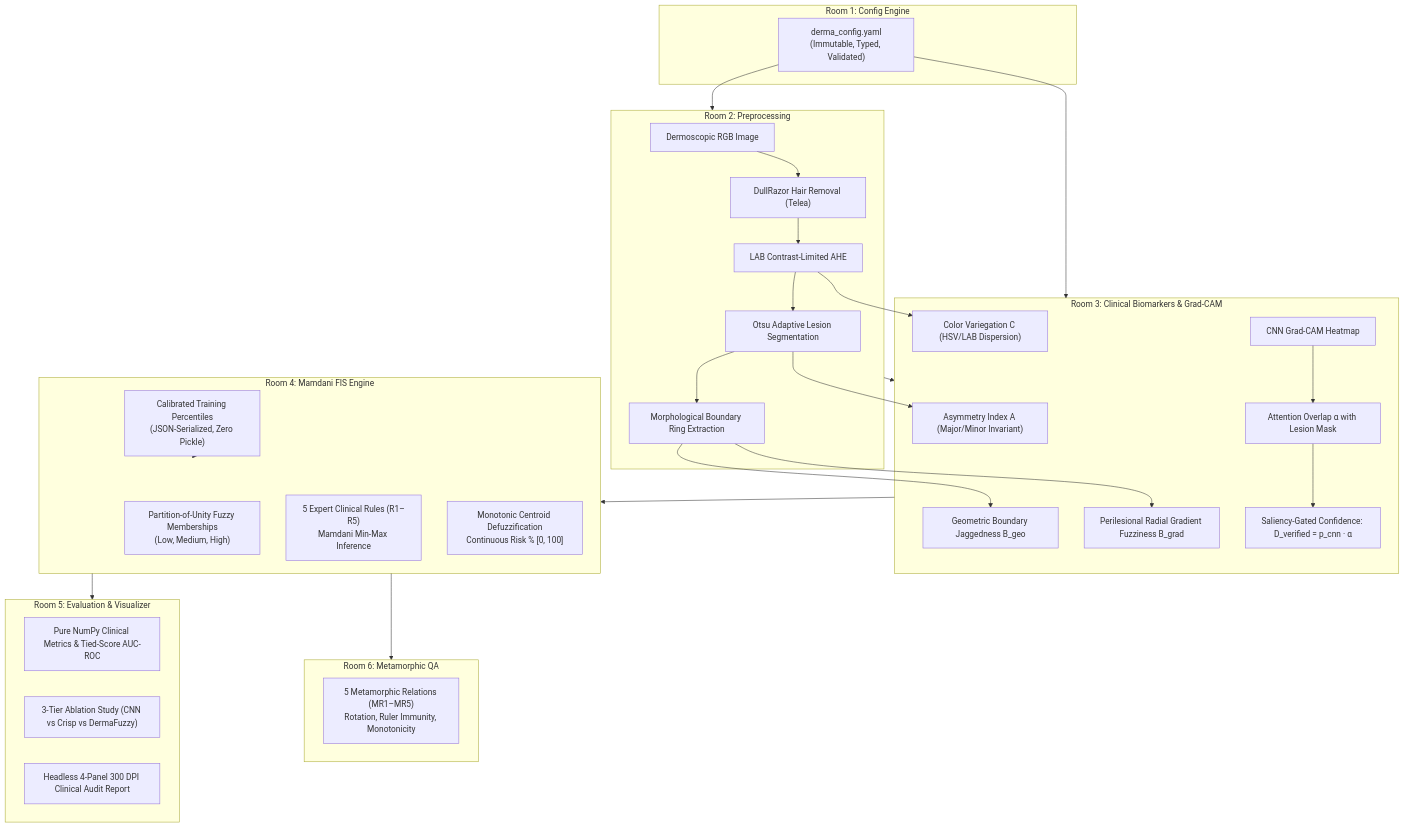
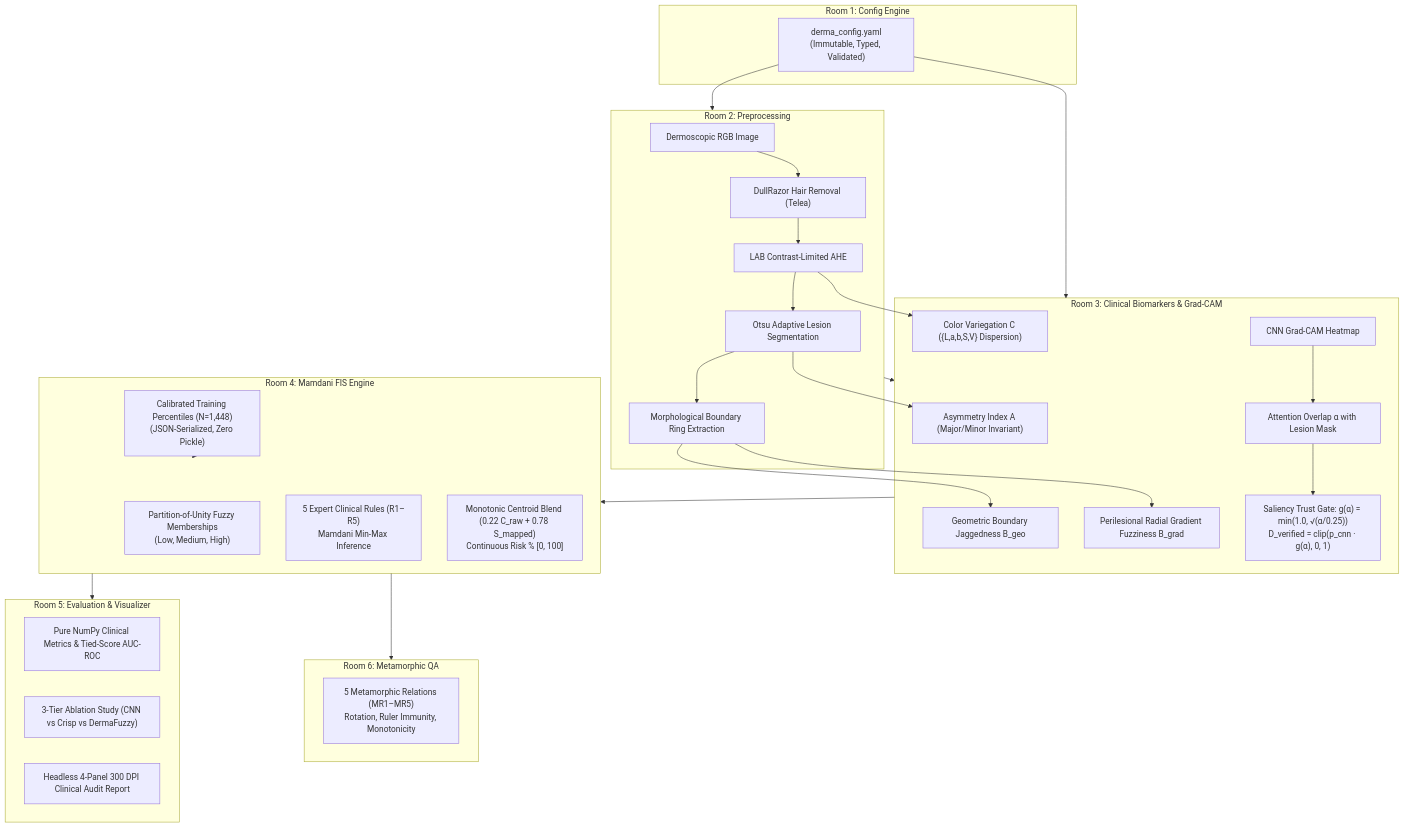
The diagram in README.md (A11-HELAL/dermafuzzy-xai), drawn with Mermaid before and after one commit. The commit also changed other lines of this file and 7 other files, not shown here.

````diff
--- a/README.md
+++ b/README.md
@@ -25,47 +25,47 @@
 ```mermaid
 flowchart TD
     subgraph Room1["Room 1: Config Engine"]
         cfg["derma_config.yaml\n(Immutable, Typed, Validated)"]
     end
 
     subgraph Room2["Room 2: Preprocessing"]
         raw["Dermoscopic RGB Image"] --> hair["DullRazor Hair Removal (Telea)"]
         hair --> clahe["LAB Contrast-Limited AHE"]
         clahe --> seg["Otsu Adaptive Lesion Segmentation"]
         seg --> ring["Morphological Boundary Ring Extraction"]
     end
 
     subgraph Room3["Room 3: Clinical Biomarkers & Grad-CAM"]
         seg --> asym["Asymmetry Index A (Major/Minor Invariant)"]
         ring --> b_geo["Geometric Boundary Jaggedness B_geo"]
         ring --> b_grad["Perilesional Radial Gradient Fuzziness B_grad"]
-        clahe --> color["Color Variegation C (HSV/LAB Dispersion)"]
+        clahe --> color["Color Variegation C ({L,a,b,S,V} Dispersion)"]
         cam["CNN Grad-CAM Heatmap"] --> overlap["Attention Overlap α with Lesion Mask"]
-        overlap --> d_ver["Saliency-Gated Confidence: D_verified = p_cnn · α"]
+        overlap --> d_ver["Saliency Trust Gate: g(α) = min(1.0, √(α/0.25))\nD_verified = clip(p_cnn · g(α), 0, 1)"]
     end
 
     subgraph Room4["Room 4: Mamdani FIS Engine"]
-        cuts["Calibrated Training Percentiles\n(JSON-Serialized, Zero Pickle)"]
+        cuts["Calibrated Training Percentiles (N=1,448)\n(JSON-Serialized, Zero Pickle)"]
         memberships["Partition-of-Unity Fuzzy Memberships\n(Low, Medium, High)"]
         rules["5 Expert Clinical Rules (R1–R5)\nMamdani Min-Max Inference"]
-        centroid["Monotonic Centroid Defuzzification\nContinuous Risk % [0, 100]"]
+        centroid["Monotonic Centroid Blend (0.22 C_raw + 0.78 S_mapped)\nContinuous Risk % [0, 100]"]
     end
 
     subgraph Room5["Room 5: Evaluation & Visualizer"]
         metrics["Pure NumPy Clinical Metrics & Tied-Score AUC-ROC"]
         ablation["3-Tier Ablation Study (CNN vs Crisp vs DermaFuzzy)"]
         visualizer["Headless 4-Panel 300 DPI Clinical Audit Report"]
     end
 
     subgraph Room6["Room 6: Metamorphic QA"]
         mr["5 Metamorphic Relations (MR1–MR5)\nRotation, Ruler Immunity, Monotonicity"]
     end
 
     cfg --> Room2
     cfg --> Room3
     Room2 --> Room3
     Room3 --> Room4
     cuts --> Room4
     Room4 --> Room5
     Room4 --> Room6
 ```
````
